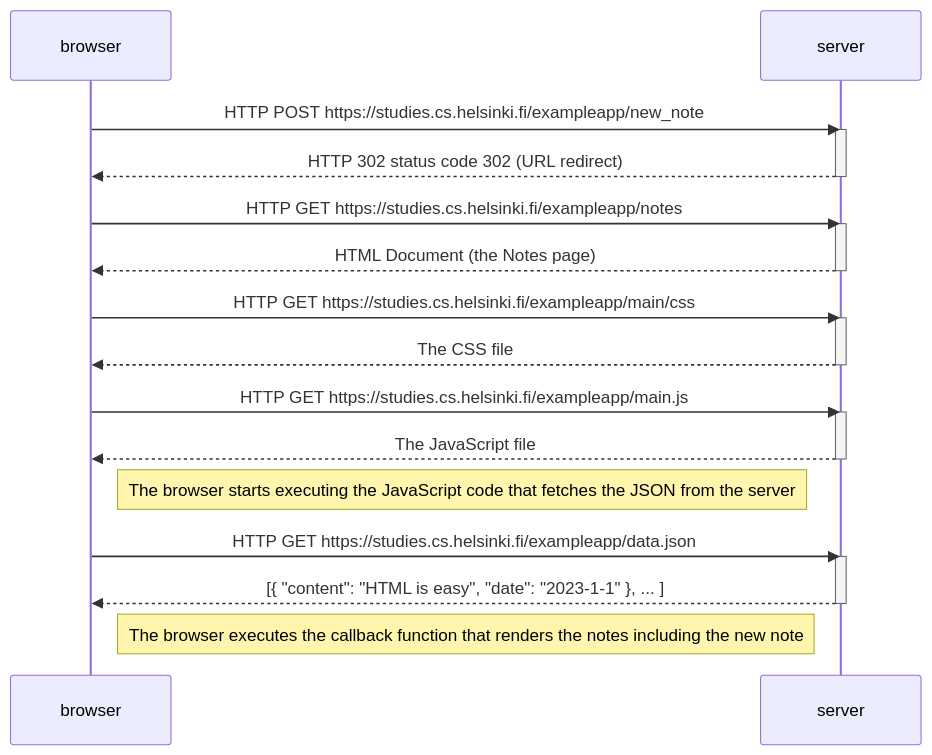
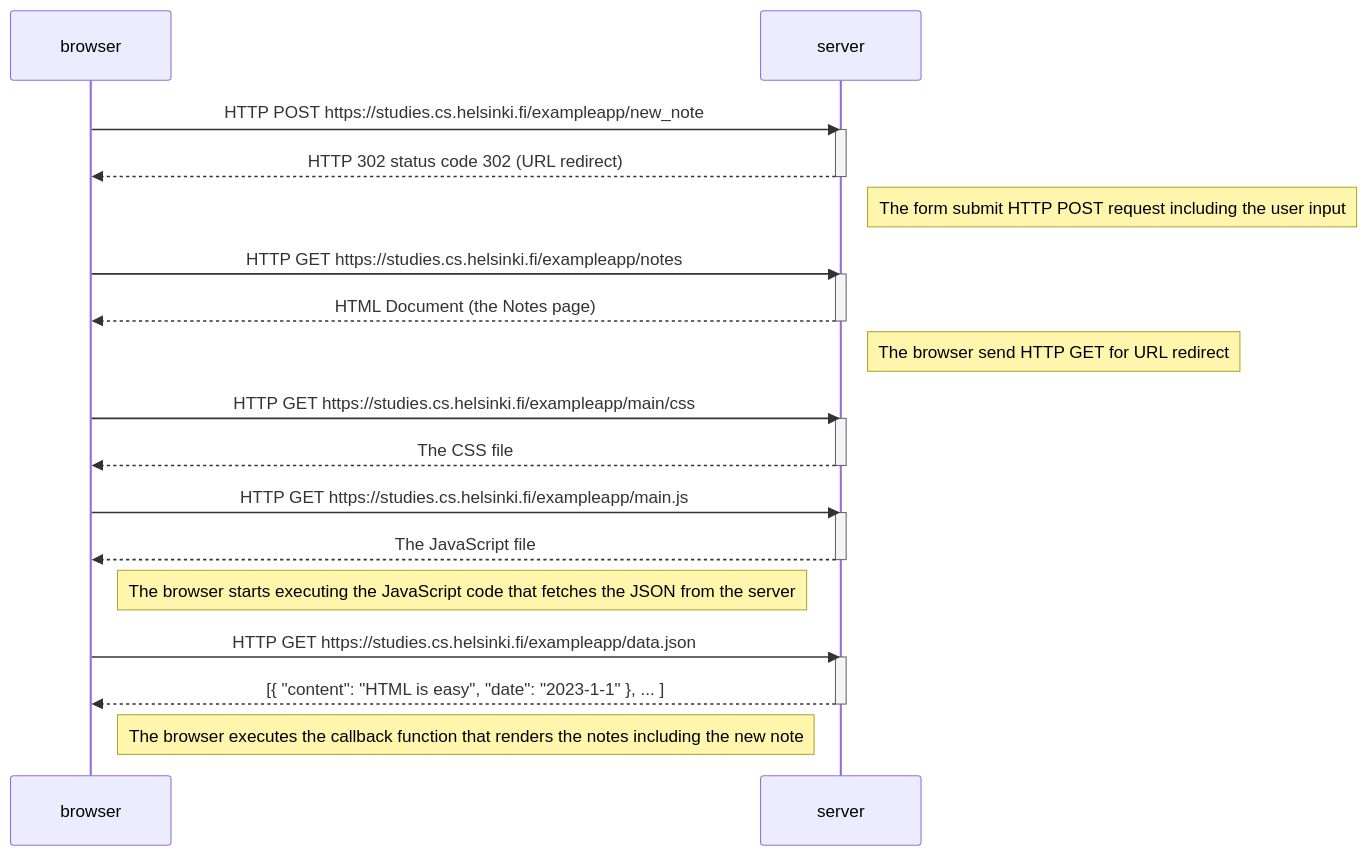
One commit to kole-wc/fullstackopen changed the diagram in part0/0.4.md. Above: the diagram before and after it, drawn with Mermaid.

Commit message:
Debug diagram

````diff
--- a/part0/0.4.md
+++ b/part0/0.4.md
@@ -1,34 +1,38 @@
 ```mermaid
 sequenceDiagram
     participant browser
     participant server
 
     browser->>server: HTTP POST https://studies.cs.helsinki.fi/exampleapp/new_note
     activate server
     server-->>browser: HTTP 302 status code 302 (URL redirect)
     deactivate server
 
+    Note right of server: The form submit HTTP POST request including the user input 
+
     browser->>server: HTTP GET https://studies.cs.helsinki.fi/exampleapp/notes
     activate server
     server-->>browser: HTML Document (the Notes page)
     deactivate server
+    
+    Note right of server: The browser send HTTP GET for URL redirect
 
     browser->>server: HTTP GET https://studies.cs.helsinki.fi/exampleapp/main/css
     activate server
     server-->>browser: The CSS file
     deactivate server
 
     browser->>server: HTTP GET https://studies.cs.helsinki.fi/exampleapp/main.js
     activate server
     server-->>browser: The JavaScript file
     deactivate server
 
     Note right of browser: The browser starts executing the JavaScript code that fetches the JSON from the server
 
     browser->>server: HTTP GET https://studies.cs.helsinki.fi/exampleapp/data.json
     activate server
     server-->>browser: [{ "content": "HTML is easy", "date": "2023-1-1" }, ... ]
     deactivate server
 
     Note right of browser: The browser executes the callback function that renders the notes including the new note
 ```
````
